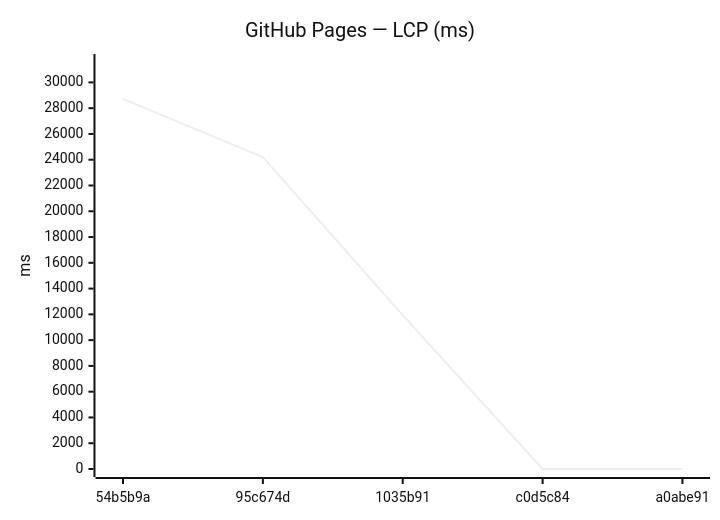
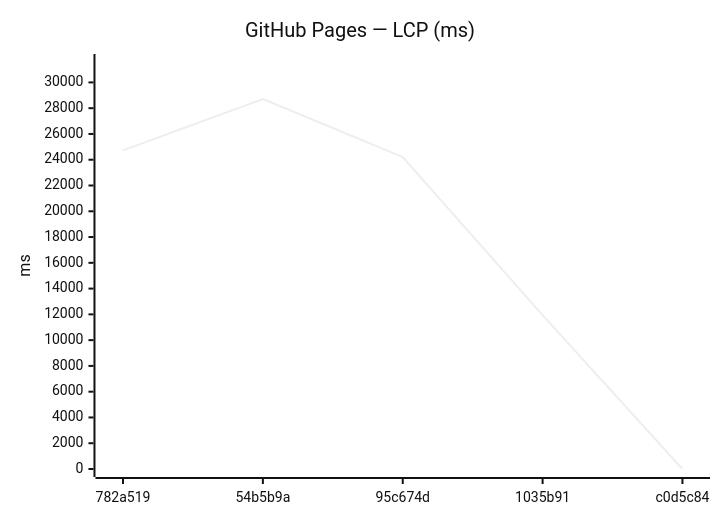
One commit to Metaheurist/Rianell changed the ninth of 18 diagrams in benchmarks/compare.md. Above: the diagram before and after it, drawn with Mermaid (neutral theme). The commit also changed other lines of this file and 11 other files, not shown here.

````diff
--- a/benchmarks/compare.md
+++ b/benchmarks/compare.md
@@ -142,7 +142,7 @@
 ```mermaid
 xychart-beta
     title "GitHub Pages — LCP (ms)"
-    x-axis ["54b5b9a", "95c674d", "1035b91", "c0d5c84", "a0abe91"]
+    x-axis ["782a519", "54b5b9a", "95c674d", "1035b91", "c0d5c84"]
     y-axis "ms" 0 --> 31584
-    line [28712, 24213, 11936, 0, 0]
+    line [24725, 28712, 24213, 11936, 0]
 ```
````
